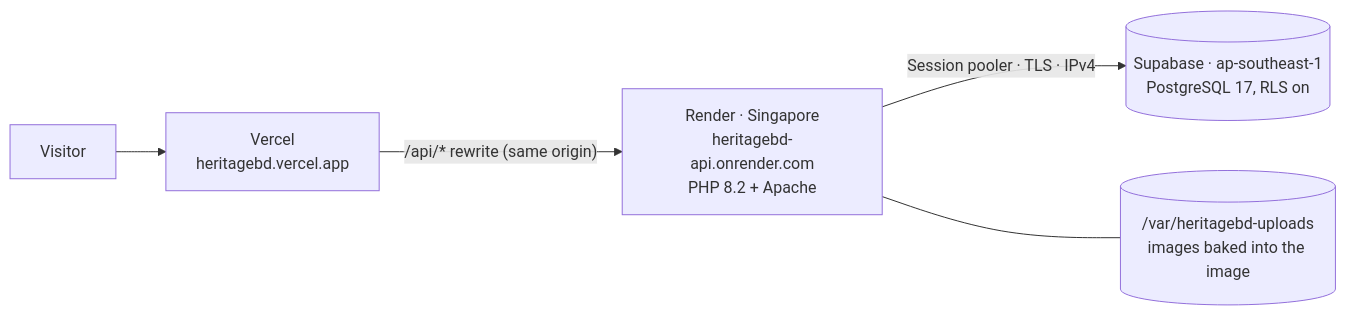
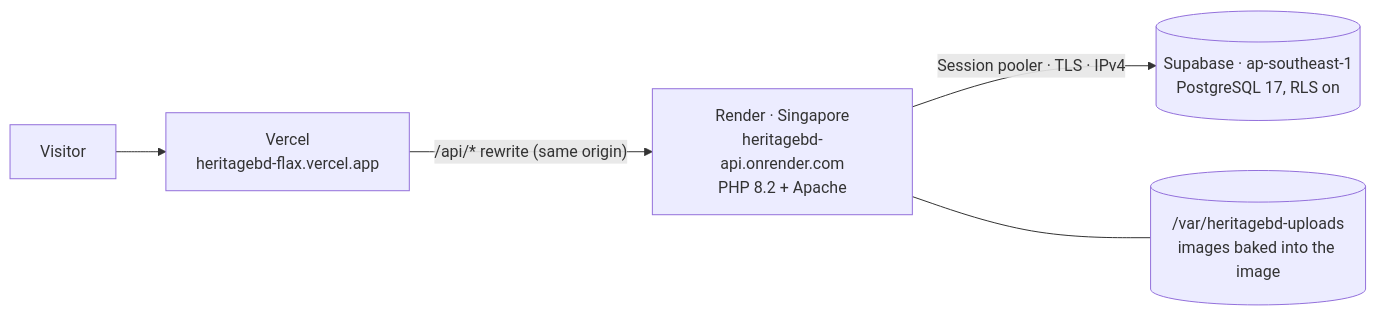
Before and after one commit to Monika-Akter47/heritagebd: the diagram in docs/deploy-vercel.md, drawn with Mermaid. The commit also changed other lines of this file and 2 other files, not shown here.

Commit message:
Point docs at the real site address, heritagebd-flax.vercel.app
heritagebd.vercel.app belongs to an unrelated site.

````diff
--- a/docs/deploy-vercel.md
+++ b/docs/deploy-vercel.md
@@ -9,7 +9,7 @@
 ```mermaid
 flowchart LR
-    U[Visitor] --> V["Vercel<br/>heritagebd.vercel.app"]
+    U[Visitor] --> V["Vercel<br/>heritagebd-flax.vercel.app"]
     V -- "/api/* rewrite (same origin)" --> R["Render · Singapore<br/>heritagebd-api.onrender.com<br/>PHP 8.2 + Apache"]
     R -- "Session pooler · TLS · IPv4" --> S[("Supabase · ap-southeast-1<br/>PostgreSQL 17, RLS on")]
     R --- IMG[("/var/heritagebd-uploads<br/>images baked into the image")]
 ```
````
